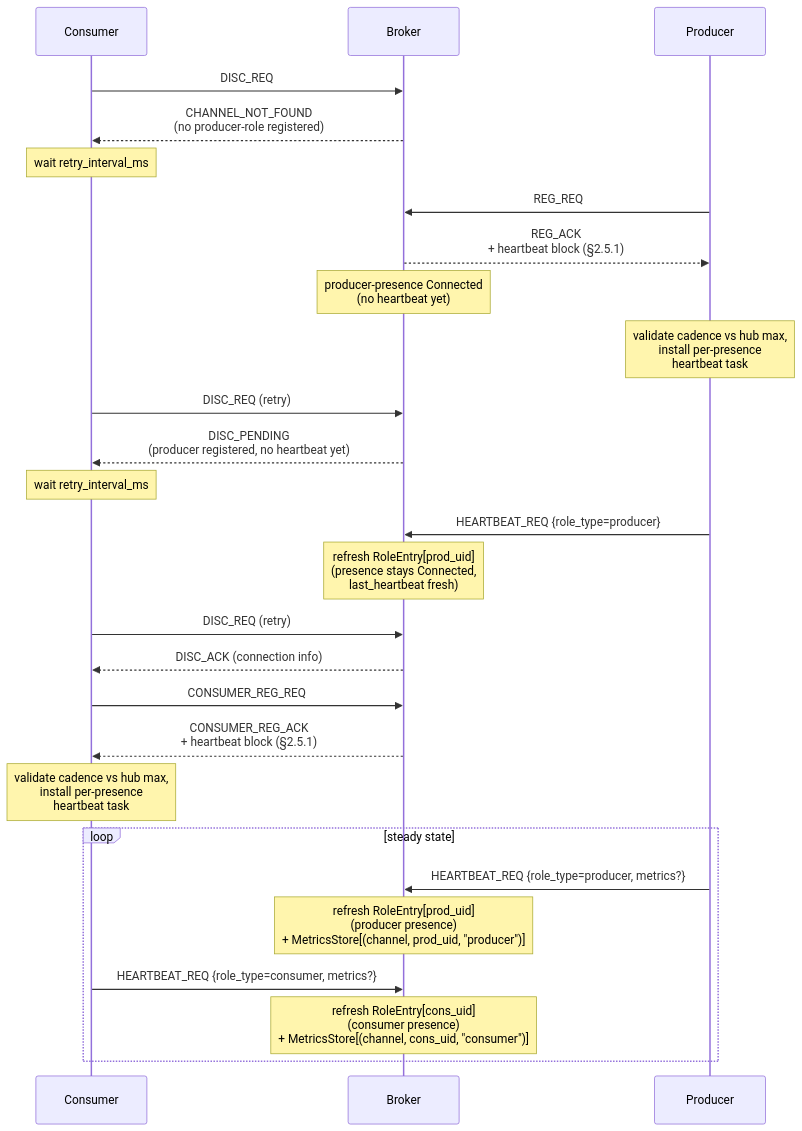
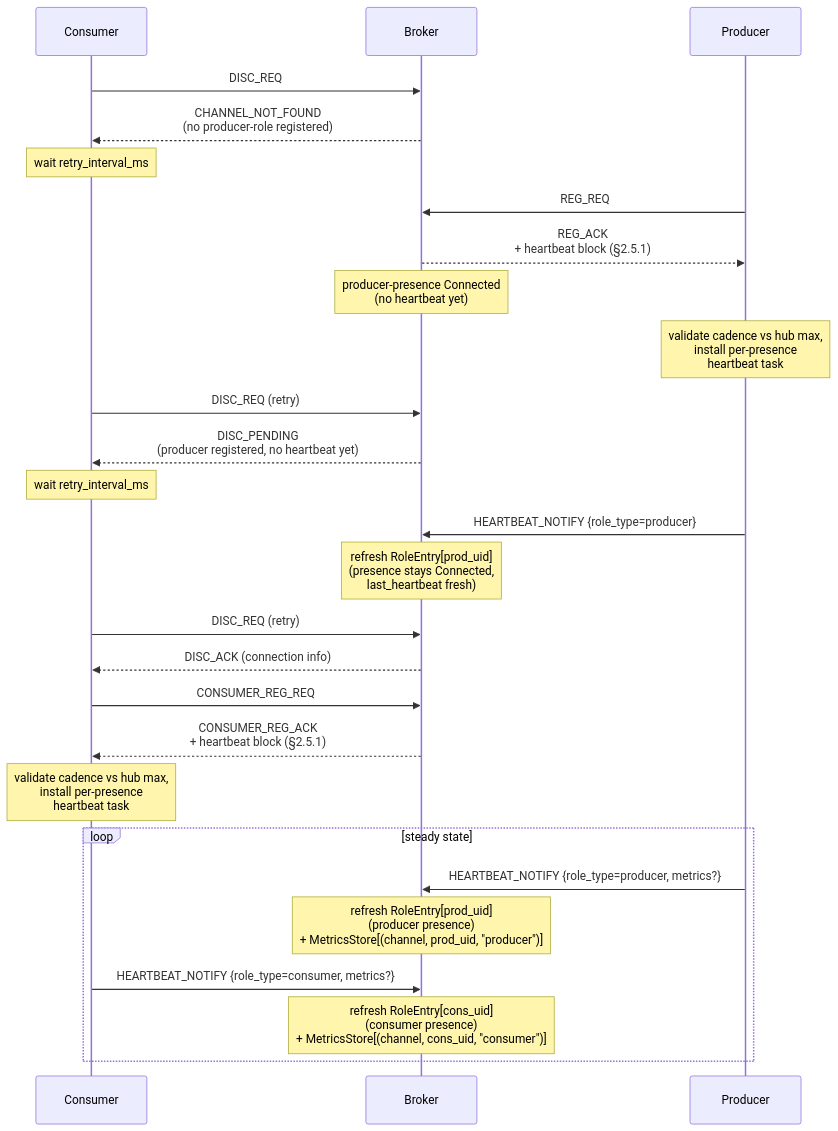
Before and after one commit to Qing-LAB/pylabhub: the second of 2 diagrams in docs/HEP/HEP-CORE-0023-Startup-Coordination.md, drawn with Mermaid. The commit also changed other lines of this file and 12 other files, not shown here.

First line of the commit message:
docs: sweep HEARTBEAT_REQ and BAND_BROADCAST_REQ residual names to match code

````diff
--- a/docs/HEP/HEP-CORE-0023-Startup-Coordination.md
+++ b/docs/HEP/HEP-CORE-0023-Startup-Coordination.md
@@ -314,36 +314,36 @@
 ```mermaid
 sequenceDiagram
     participant C as Consumer
     participant B as Broker
     participant P as Producer
 
     C->>B: DISC_REQ
     B-->>C: CHANNEL_NOT_FOUND<br/>(no producer-role registered)
     Note over C: wait retry_interval_ms
 
     P->>B: REG_REQ
     B-->>P: REG_ACK<br/>+ heartbeat block (§2.5.1)
     Note over B: producer-presence Connected<br/>(no heartbeat yet)
     Note over P: validate cadence vs hub max,<br/>install per-presence<br/>heartbeat task
 
     C->>B: DISC_REQ (retry)
     B-->>C: DISC_PENDING<br/>(producer registered, no heartbeat yet)
     Note over C: wait retry_interval_ms
 
-    P->>B: HEARTBEAT_REQ {role_type=producer}
+    P->>B: HEARTBEAT_NOTIFY {role_type=producer}
     Note over B: refresh RoleEntry[prod_uid]<br/>(presence stays Connected,<br/>last_heartbeat fresh)
 
     C->>B: DISC_REQ (retry)
     B-->>C: DISC_ACK (connection info)
 
     C->>B: CONSUMER_REG_REQ
     B-->>C: CONSUMER_REG_ACK<br/>+ heartbeat block (§2.5.1)
     Note over C: validate cadence vs hub max,<br/>install per-presence<br/>heartbeat task
 
     loop steady state
-        P->>B: HEARTBEAT_REQ {role_type=producer, metrics?}
+        P->>B: HEARTBEAT_NOTIFY {role_type=producer, metrics?}
         Note over B: refresh RoleEntry[prod_uid]<br/>(producer presence)<br/>+ MetricsStore[(channel, prod_uid, "producer")]
-        C->>B: HEARTBEAT_REQ {role_type=consumer, metrics?}
+        C->>B: HEARTBEAT_NOTIFY {role_type=consumer, metrics?}
         Note over B: refresh RoleEntry[cons_uid]<br/>(consumer presence)<br/>+ MetricsStore[(channel, cons_uid, "consumer")]
     end
 ```
````
